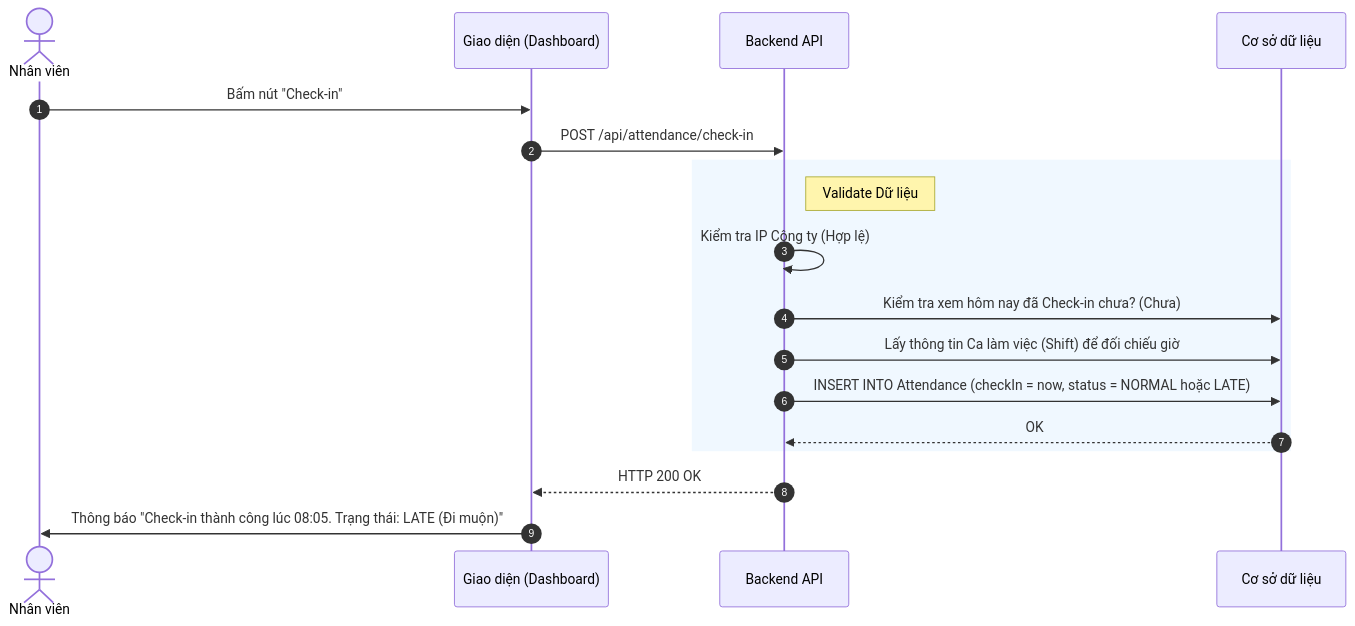
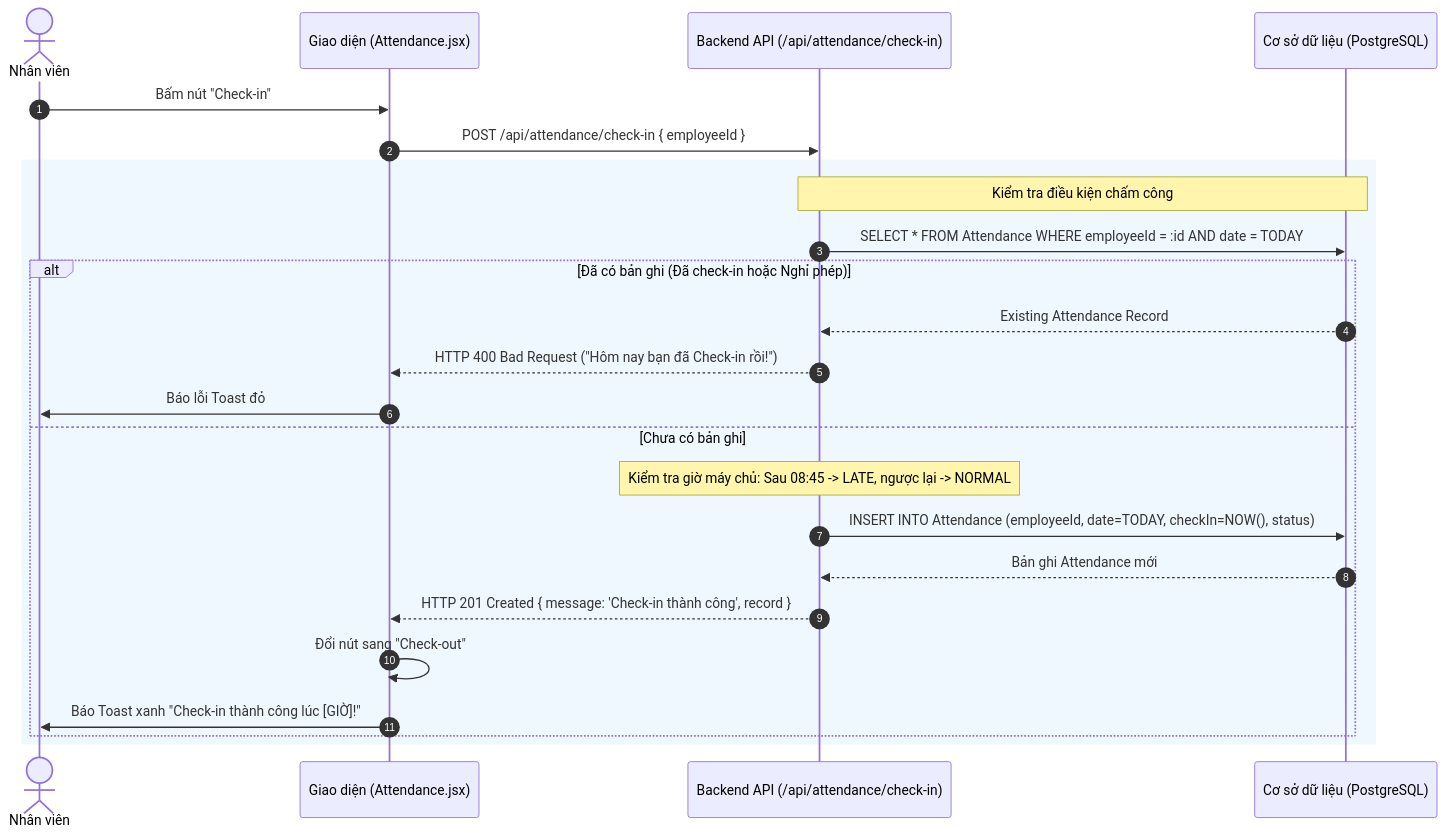
Before and after one commit to aye2710/HRM-DATN: the sixth of 7 diagrams in docs/Tài liệu phân tích nghiệp vụ từng module/Module Chấm công/Chuc-nang-Checkin-Checkout.md, drawn with Mermaid. The commit also changed other lines of this file and 27 other files, not shown here.

````diff
--- a/docs/Tài liệu phân tích nghiệp vụ từng module/Module Chấm công/Chuc-nang-Checkin-Checkout.md
+++ b/docs/Tài liệu phân tích nghiệp vụ từng module/Module Chấm công/Chuc-nang-Checkin-Checkout.md
@@ -14,23 +228,28 @@
 ```mermaid
 sequenceDiagram
     autonumber
     actor NV as Nhân viên
-    participant FE as Giao diện (Dashboard)
-    participant BE as Backend API
-    participant DB as Cơ sở dữ liệu
+    participant FE as Giao diện (Attendance.jsx)
+    participant BE as Backend API (/api/attendance/check-in)
+    participant DB as Cơ sở dữ liệu (PostgreSQL)
 
     NV->>FE: Bấm nút "Check-in"
-    FE->>BE: POST /api/attendance/check-in
+    FE->>BE: POST /api/attendance/check-in { employeeId }
     
     rect rgb(240, 248, 255)
-        note right of BE: Validate Dữ liệu
-        BE->>BE: Kiểm tra IP Công ty (Hợp lệ)
-        BE->>DB: Kiểm tra xem hôm nay đã Check-in chưa? (Chưa)
-        BE->>DB: Lấy thông tin Ca làm việc (Shift) để đối chiếu giờ
-        BE->>DB: INSERT INTO Attendance (checkIn = now, status = NORMAL hoặc LATE)
-        DB-->>BE: OK
+        Note over BE, DB: Kiểm tra điều kiện chấm công
+        BE->>DB: SELECT * FROM Attendance WHERE employeeId = :id AND date = TODAY
+        alt Đã có bản ghi (Đã check-in hoặc Nghỉ phép)
+            DB-->>BE: Existing Attendance Record
+            BE-->>FE: HTTP 400 Bad Request ("Hôm nay bạn đã Check-in rồi!")
+            FE->>NV: Báo lỗi Toast đỏ
+        else Chưa có bản ghi
+            Note over BE: Kiểm tra giờ máy chủ: Sau 08:45 -> LATE, ngược lại -> NORMAL
+            BE->>DB: INSERT INTO Attendance (employeeId, date=TODAY, checkIn=NOW(), status)
+            DB-->>BE: Bản ghi Attendance mới
+            BE-->>FE: HTTP 201 Created { message: 'Check-in thành công', record }
+            FE->>FE: Đổi nút sang "Check-out"
+            FE->>NV: Báo Toast xanh "Check-in thành công lúc [GIỜ]!"
+        end
     end
-    
-    BE-->>FE: HTTP 200 OK
-    FE->>NV: Thông báo "Check-in thành công lúc 08:05. Trạng thái: LATE (Đi muộn)"
 ```
````
